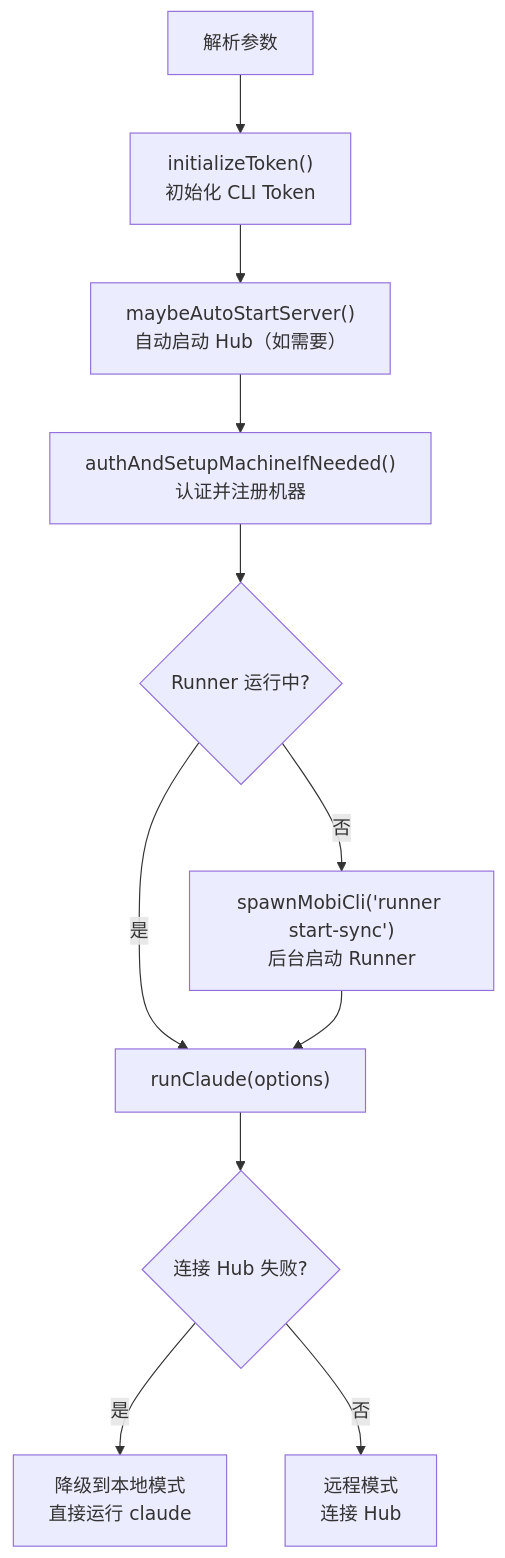
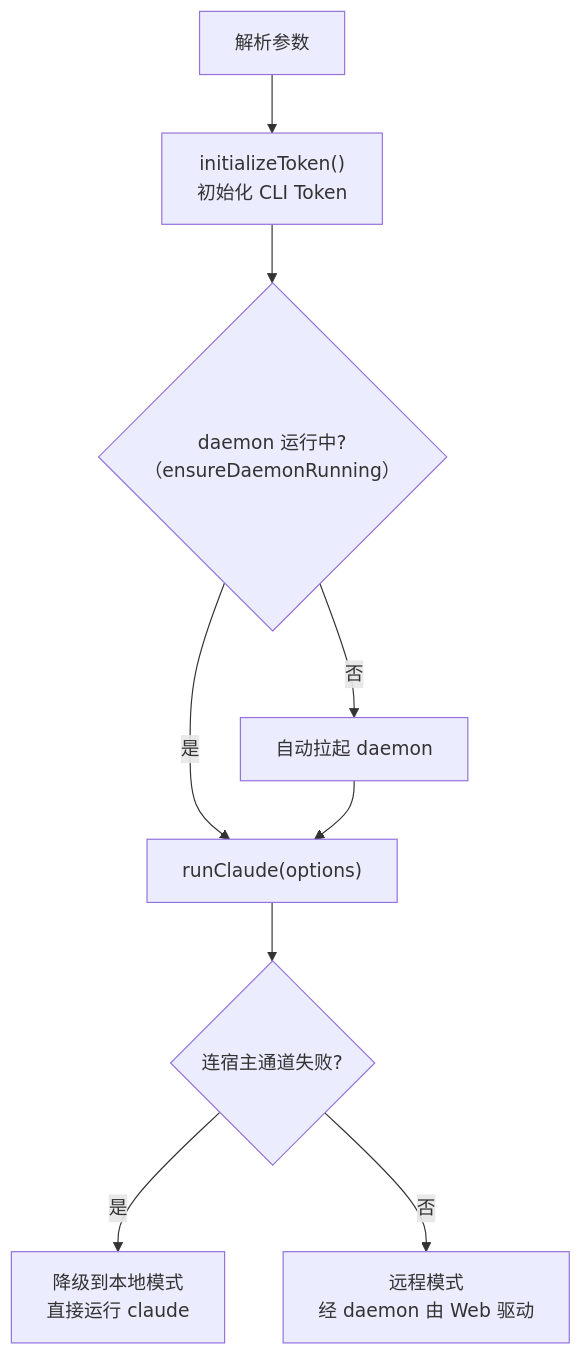
One commit to ModuBit/mobi changed the third of 3 diagrams in docs/architecture/cli/README.md. Above: the diagram before and after it, drawn with Mermaid. The commit also changed other lines of this file and 59 other files, not shown here.

````diff
--- a/docs/architecture/cli/README.md
+++ b/docs/architecture/cli/README.md
@@ -96,13 +99,11 @@
 ```mermaid
 flowchart TB
     Start["解析参数"] --> Token["initializeToken()<br/>初始化 CLI Token"]
-    Token --> AutoHub["maybeAutoStartServer()<br/>自动启动 Hub（如需要）"]
-    AutoHub --> Auth["authAndSetupMachineIfNeeded()<br/>认证并注册机器"]
-    Auth --> Runner{"Runner 运行中?"}
-    Runner -->|否| StartRunner["spawnMobiCli('runner start-sync')<br/>后台启动 Runner"]
-    Runner -->|是| RunClaude["runClaude(options)"]
-    StartRunner --> RunClaude
-    RunClaude --> ConnError{"连接 Hub 失败?"}
+    Token --> Daemon{"daemon 运行中?<br/>（ensureDaemonRunning）"}
+    Daemon -->|否| StartDaemon["自动拉起 daemon"]
+    Daemon -->|是| RunClaude["runClaude(options)"]
+    StartDaemon --> RunClaude
+    RunClaude --> ConnError{"连宿主通道失败?"}
     ConnError -->|是| LocalMode["降级到本地模式<br/>直接运行 claude"]
-    ConnError -->|否| RemoteMode["远程模式<br/>连接 Hub"]
+    ConnError -->|否| RemoteMode["远程模式<br/>经 daemon 由 Web 驱动"]
 ```
````
